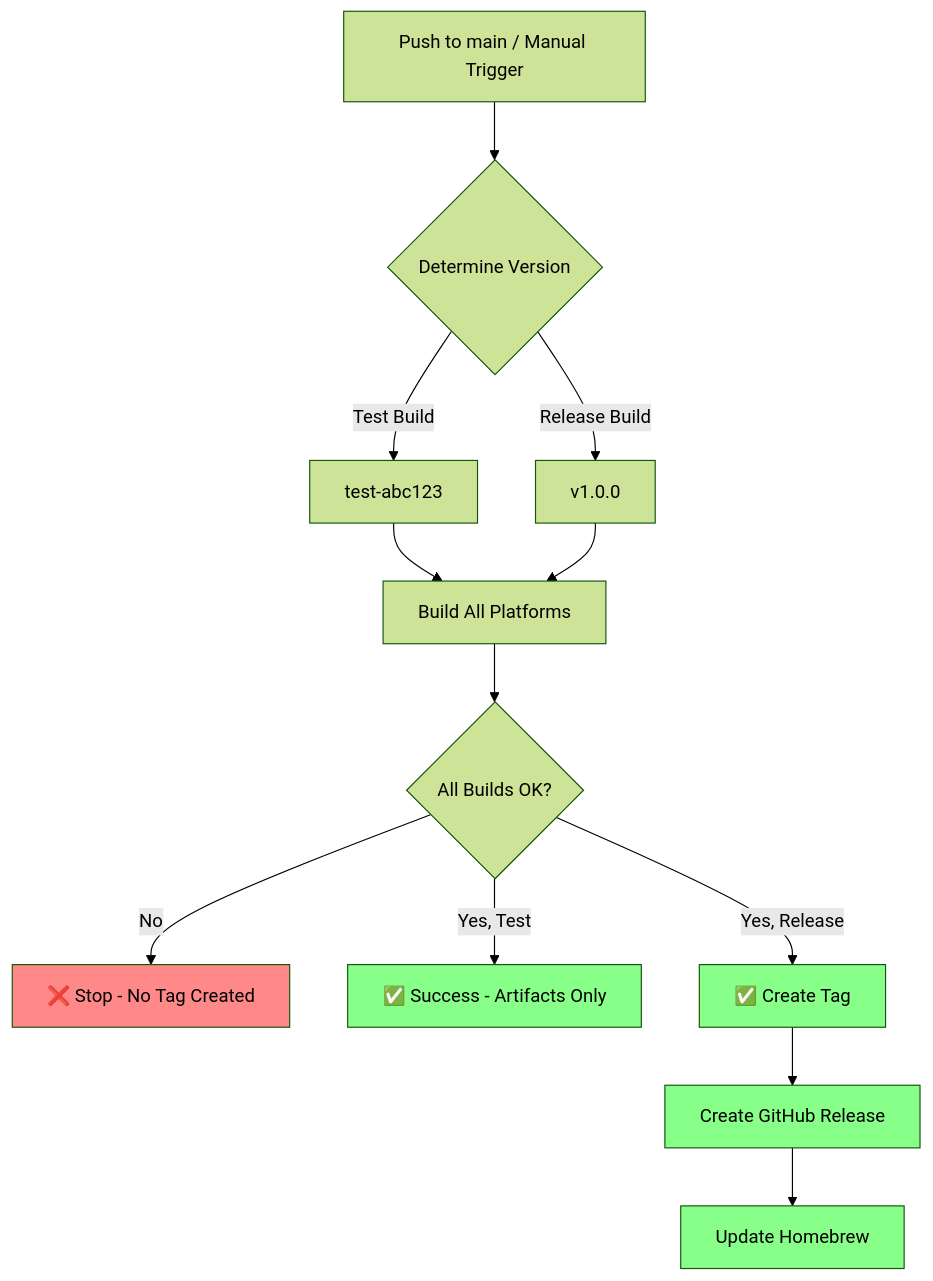
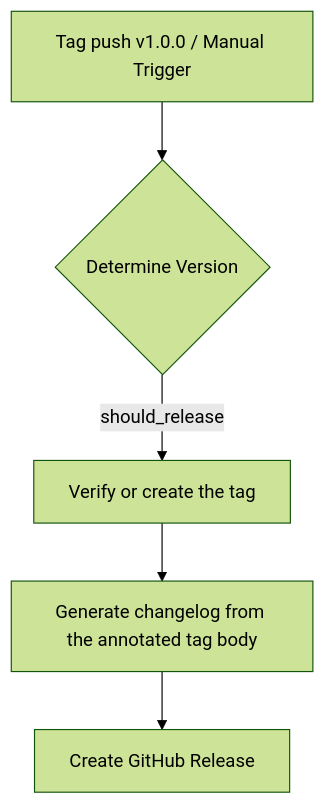
Before and after one commit to stigmer/stigmer: the diagram in .github/workflows/docs/release-workflow.md, drawn with Mermaid (forest theme). The commit also changed other lines of this file and 1456 other files, not shown here.

````diff
--- a/.github/workflows/docs/release-workflow.md
+++ b/.github/workflows/docs/release-workflow.md
@@ -21,23 +17,7 @@
 ```mermaid
 flowchart TB
-    A[Push to main / Manual Trigger] --> B{Determine Version}
-    B -->|Test Build| C[test-abc123]
-    B -->|Release Build| D[v1.0.0]
-    
-    C --> E[Build All Platforms]
-    D --> E
-    
-    E --> F{All Builds OK?}
-    F -->|No| G[❌ Stop - No Tag Created]
-    F -->|Yes, Test| H[✅ Success - Artifacts Only]
-    F -->|Yes, Release| I[✅ Create Tag]
-    
-    I --> J[Create GitHub Release]
-    J --> K[Update Homebrew]
-    
-    style G fill:#f88
-    style H fill:#8f8
-    style I fill:#8f8
-    style J fill:#8f8
-    style K fill:#8f8
+    A[Tag push v1.0.0 / Manual Trigger] --> B{Determine Version}
+    B -->|should_release| C[Verify or create the tag]
+    C --> D[Generate changelog from the annotated tag body]
+    D --> E[Create GitHub Release]
 ```
````
